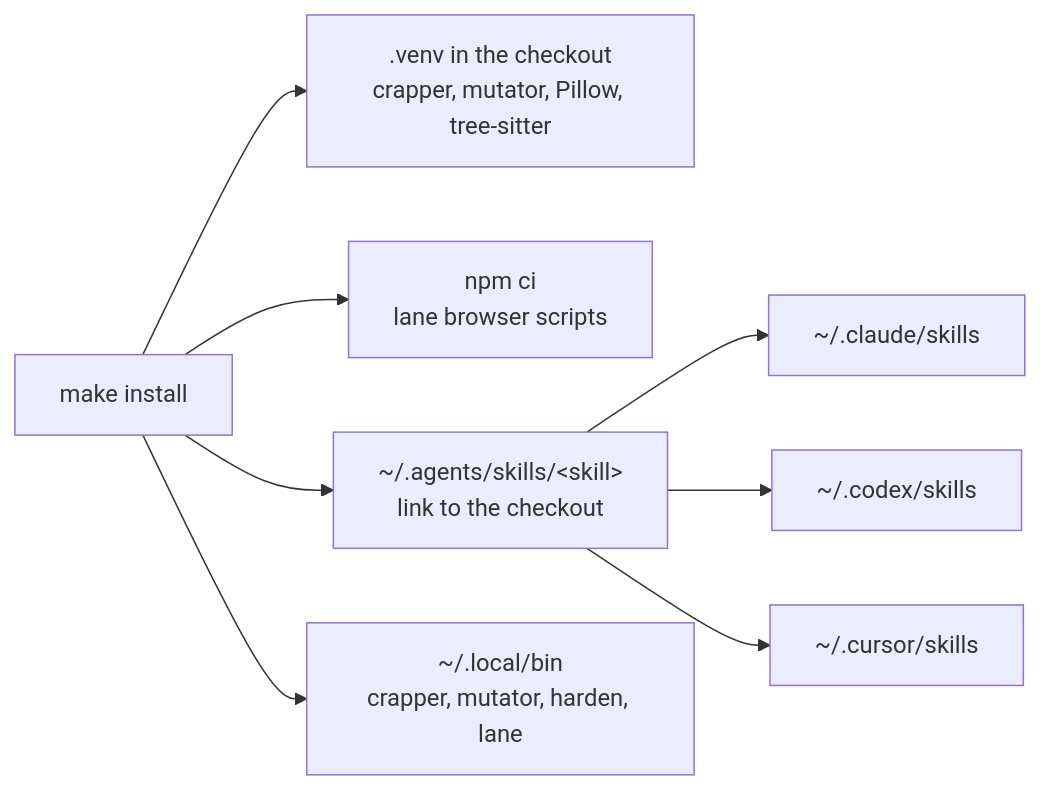
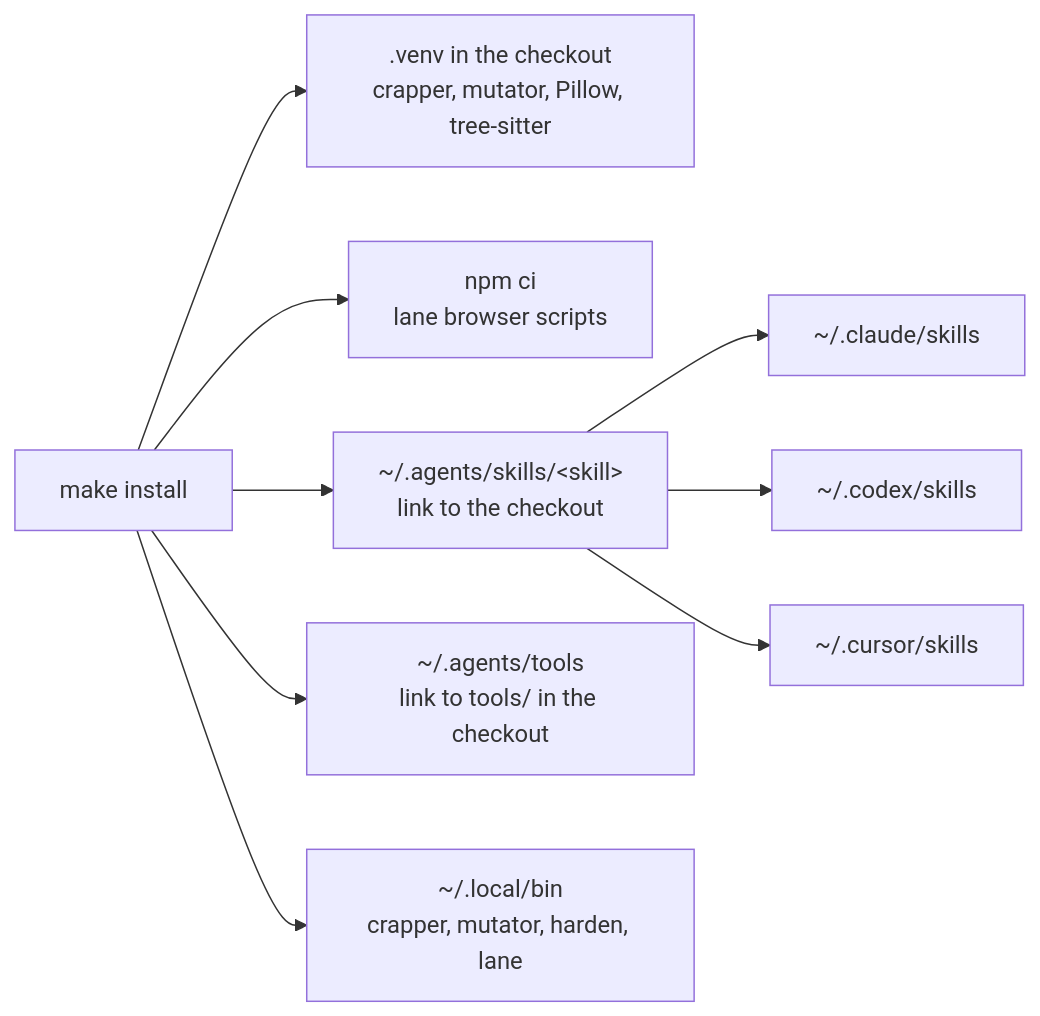
The fourth of 4 diagrams in README.md (talibilat/tfactory), drawn with Mermaid before and after one commit. The commit also changed other lines of this file and 129 other files, not shown here.

````diff
--- a/README.md
+++ b/README.md
@@ -325,10 +325,11 @@
 ```mermaid
 flowchart LR
   M[make install] --> V[.venv in the checkout<br>crapper, mutator, Pillow, tree-sitter]
   M --> N[npm ci<br>lane browser scripts]
   M --> S["~/.agents/skills/&lt;skill&gt;<br>link to the checkout"]
   S --> C["~/.claude/skills"]
   S --> X["~/.codex/skills"]
   S --> R["~/.cursor/skills"]
+  M --> T["~/.agents/tools<br>link to tools/ in the checkout"]
   M --> B["~/.local/bin<br>crapper, mutator, harden, lane"]
 ```
````
